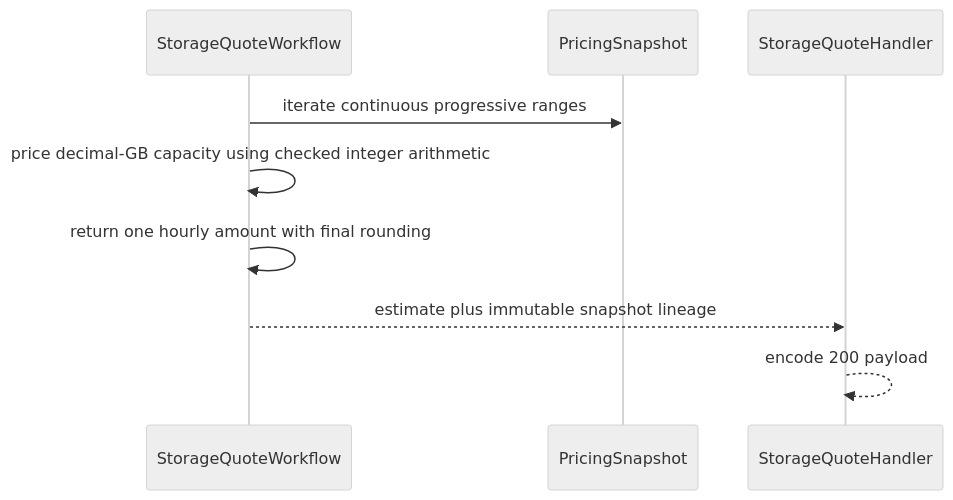
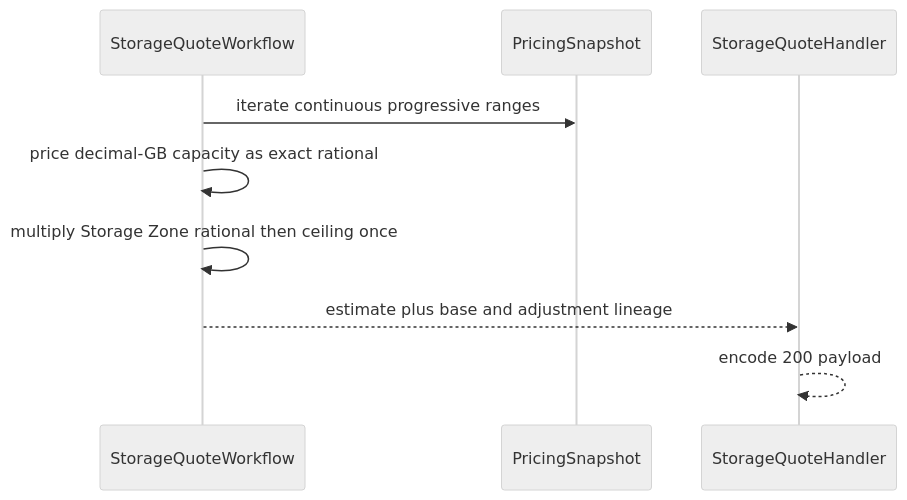
Before and after one commit to phucle996/aurora: the third of 3 diagrams in god_view/billing/billing_personal_storage_estimate_god_view.md, drawn with Mermaid (neutral theme). The commit also changed other lines of this file and 139 other files, not shown here.

````diff
--- a/god_view/billing/billing_personal_storage_estimate_god_view.md
+++ b/god_view/billing/billing_personal_storage_estimate_god_view.md
@@ -145,11 +150,11 @@
 ```mermaid
 sequenceDiagram
     participant S as StorageQuoteWorkflow
     participant PS as PricingSnapshot
     participant H as StorageQuoteHandler
     S->>PS: iterate continuous progressive ranges
-    S->>S: price decimal-GB capacity using checked integer arithmetic
-    S->>S: return one hourly amount with final rounding
-    S-->>H: estimate plus immutable snapshot lineage
+    S->>S: price decimal-GB capacity as exact rational
+    S->>S: multiply Storage Zone rational then ceiling once
+    S-->>H: estimate plus base and adjustment lineage
     H-->>H: encode 200 payload
 ```
````
